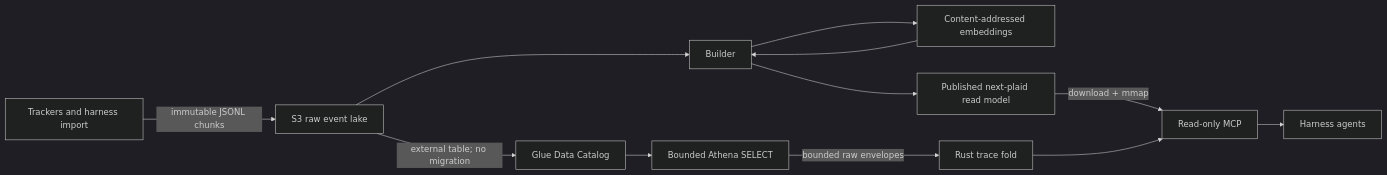
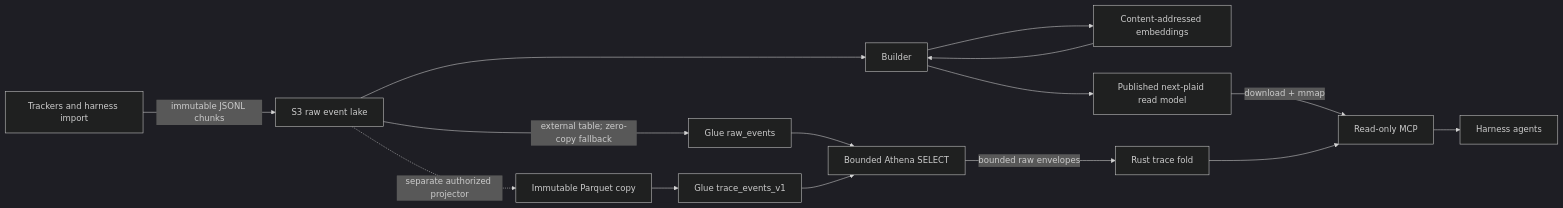
Before and after one commit to superlinked/synty: the diagram in docs/design.md, drawn with Mermaid (dark theme). The commit also changed other lines of this file and 5 other files, not shown here.

First line of the commit message:
Athena: Add additive Parquet trace catalog

````diff
--- a/docs/design.md
+++ b/docs/design.md
@@ -41,14 +41,17 @@
 ```mermaid
 flowchart LR
     W["Trackers and harness import"] -->|"immutable JSONL chunks"| S3["S3 raw event lake"]
     S3 --> B["Builder"]
     B --> E["Content-addressed embeddings"]
     B --> P["Published next-plaid read model"]
     E --> B
     P -->|"download + mmap"| MCP["Read-only MCP"]
-    S3 -->|"external table; no migration"| G["Glue Data Catalog"]
+    S3 -->|"external table; zero-copy fallback"| G["Glue raw_events"]
+    S3 -.->|"separate authorized projector"| Q["Immutable Parquet copy"]
+    Q --> GP["Glue trace_events_v1"]
     G --> A["Bounded Athena SELECT"]
+    GP --> A
     A -->|"bounded raw envelopes"| F["Rust trace fold"]
     F --> MCP
     MCP --> H["Harness agents"]
 ```
````
